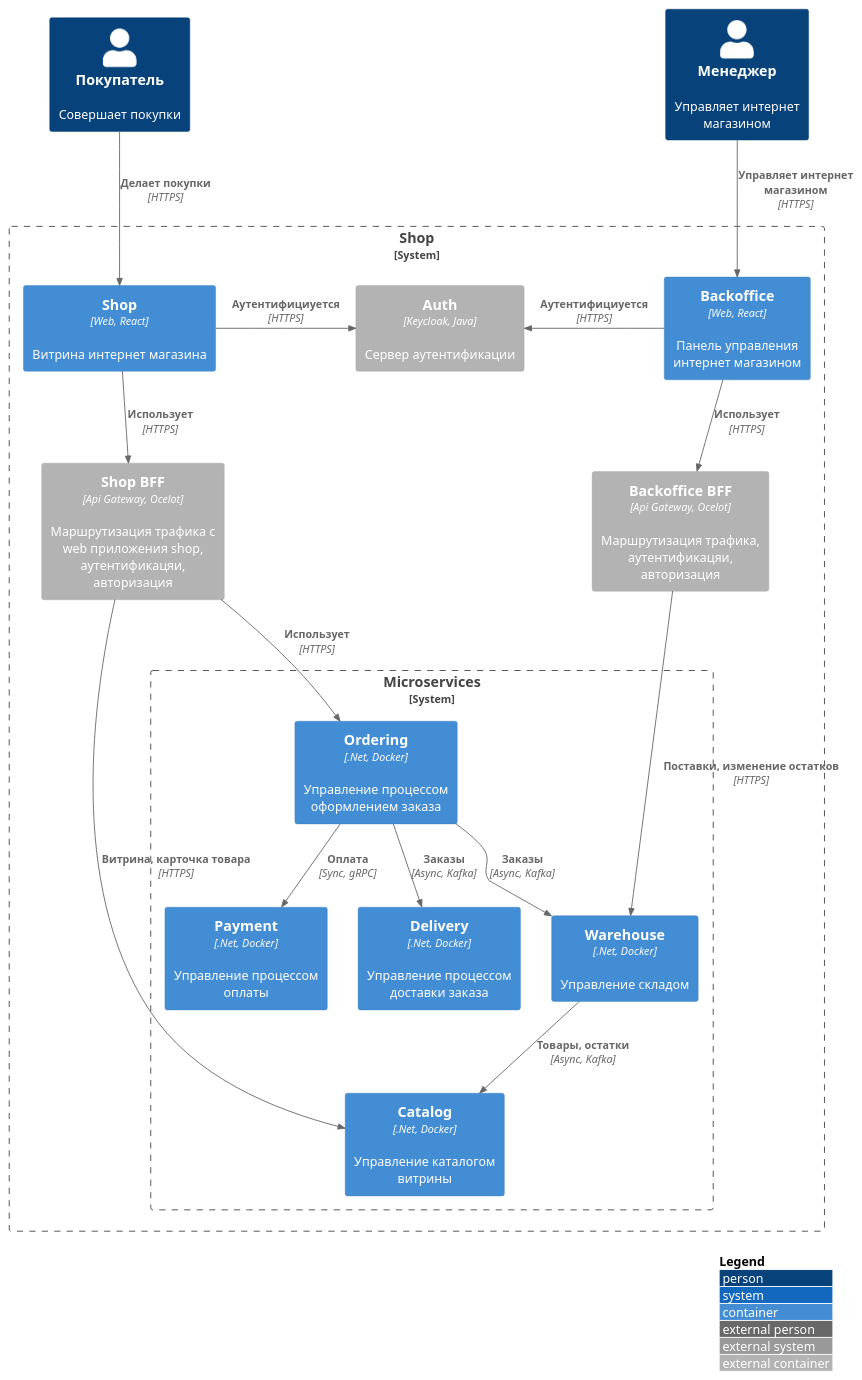
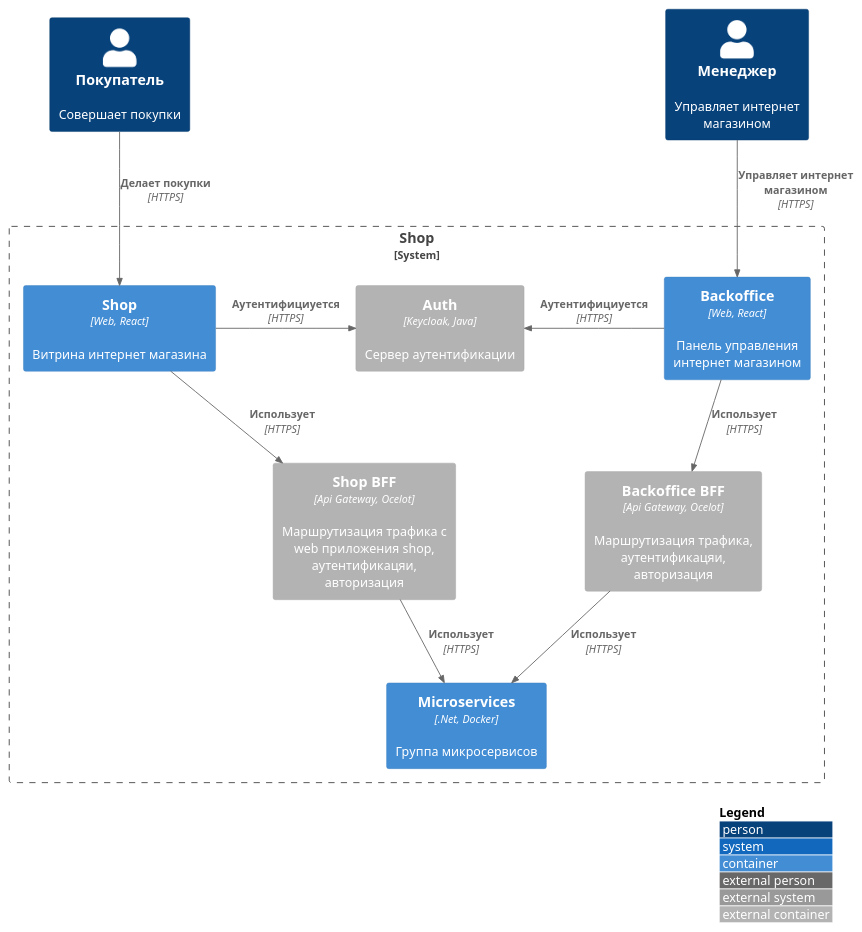
The second of 4 diagrams in README.md (gerzhan/knigaexpert-system-design), drawn with PlantUML before and after one commit. The commit also changed other lines of this file, not shown here.

````diff
--- a/README.md
+++ b/README.md
@@ -64,55 +64,36 @@
 ```plantuml
 !include https://raw.githubusercontent.com/plantuml-stdlib/C4-PlantUML/master/C4_Container.puml
 
 skinparam wrapWidth 200
 skinparam maxMessageSize 200
 
 LAYOUT_TOP_DOWN()
 LAYOUT_WITH_LEGEND()
 
 Person(customer, Покупатель, "Совершает покупки")
 Person(manager, Менеджер, "Управляет интернет магазином")
 System_Boundary(shop, "Shop") {
 ' Shop
 Container(shop_app, "Shop", "Web, React", "Витрина интернет магазина")
 Container_Ext(shop_bff, "Shop BFF", "Api Gateway, Ocelot", "Маршрутизация трафика c web приложения shop, аутентификацяи, авторизация")
 Rel(shop_app, shop_bff, "Использует", "HTTPS")
 Rel(customer, shop_app, "Делает покупки", "HTTPS")
 
 ' Backoffice
 Container(backoffice_app, "Backoffice", "Web, React", "Панель управления интернет магазином")  
 Container_Ext(backoffice_bff, "Backoffice BFF", "Api Gateway, Ocelot", "Маршрутизация трафика, аутентификацяи, авторизация")
 Rel(backoffice_app, backoffice_bff, "Использует", "HTTPS")
 Rel(manager, backoffice_app, "Управляет интернет магазином", "HTTPS")
 
-' Container(microservices, "Microservices", ".Net, Docker", "Группа микросервисов")
-' Rel(shop_bff, microservices, "Использует", "HTTPS")
-' Rel(backoffice_bff, microservices, "Использует", "HTTPS")
+Container(microservices, "Microservices", ".Net, Docker", "Группа микросервисов")
+Rel(shop_bff, microservices, "Использует", "HTTPS")
+Rel(backoffice_bff, microservices, "Использует", "HTTPS")
 
 ' Services
 Container_Ext(auth, "Auth", "Keycloak, Java", "Сервер аутентификации")
 Rel_R(shop_app, auth, "Аутентифициуется", "HTTPS")
 Rel_L(backoffice_app, auth, "Аутентифициуется", "HTTPS")
-
-System_Boundary(microservices, "Microservices") {
-  Container(ordering, "Ordering", ".Net, Docker", "Управление процессом оформлением заказа")
-  Rel(shop_bff, ordering, "Использует", "HTTPS")  
-
-  Container(warehouse, "Warehouse", ".Net, Docker", "Управление складом")
-  Rel(ordering, warehouse, "Заказы", "Async, Kafka")
-  Rel(backoffice_bff, warehouse, "Поставки, изменение остатков", "HTTPS")
-
-  Container(catalog, "Catalog", ".Net, Docker", "Управление каталогом витрины")
-  Rel(warehouse, catalog, "Товары, остатки", "Async, Kafka")
-  Rel(shop_bff, catalog, "Витрина, карточка товара", "HTTPS")
-
-  Container(payment, "Payment", ".Net, Docker", "Управление процессом оплаты")
-  Rel(ordering, payment, "Оплата", "Sync, gRPC")
-
-  Container(delivery, "Delivery", ".Net, Docker", "Управление процессом доставки заказа")
-  Rel(ordering, delivery, "Заказы", "Async, Kafka")
-}
 }
 
 
 ```
````
